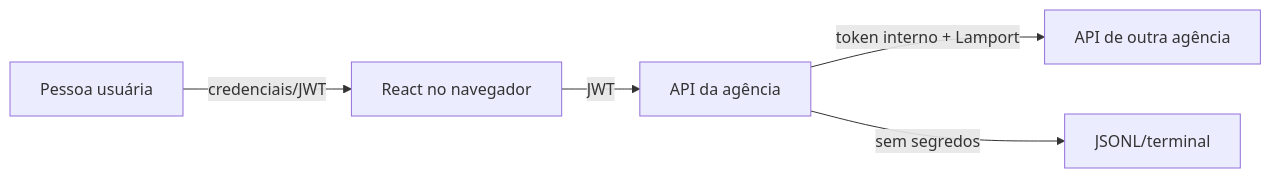
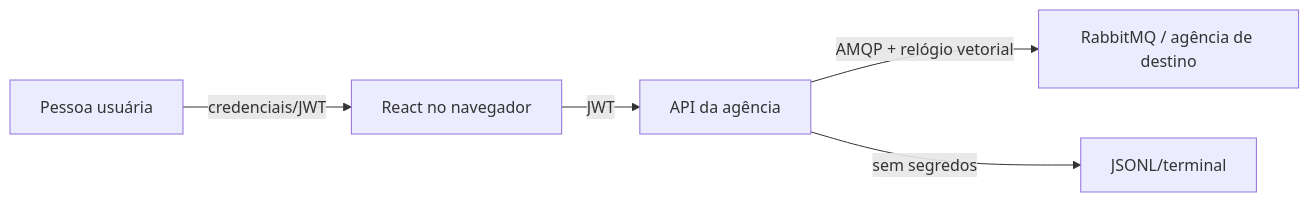
The diagram in docs/SEGURANCA.md (FelipeParreiras/ICEIBank), drawn with Mermaid before and after one commit. The commit also changed other lines of this file and 13 other files, not shown here.

````diff
--- a/docs/SEGURANCA.md
+++ b/docs/SEGURANCA.md
@@ -13,7 +13,7 @@
 ```mermaid
 flowchart LR
     U["Pessoa usuária"] -->|"credenciais/JWT"| F["React no navegador"]
     F -->|"JWT"| A["API da agência"]
-    A -->|"token interno + Lamport"| B["API de outra agência"]
+    A -->|"AMQP + relógio vetorial"| B["RabbitMQ / agência de destino"]
     A -->|"sem segredos"| L["JSONL/terminal"]
 ```
````
